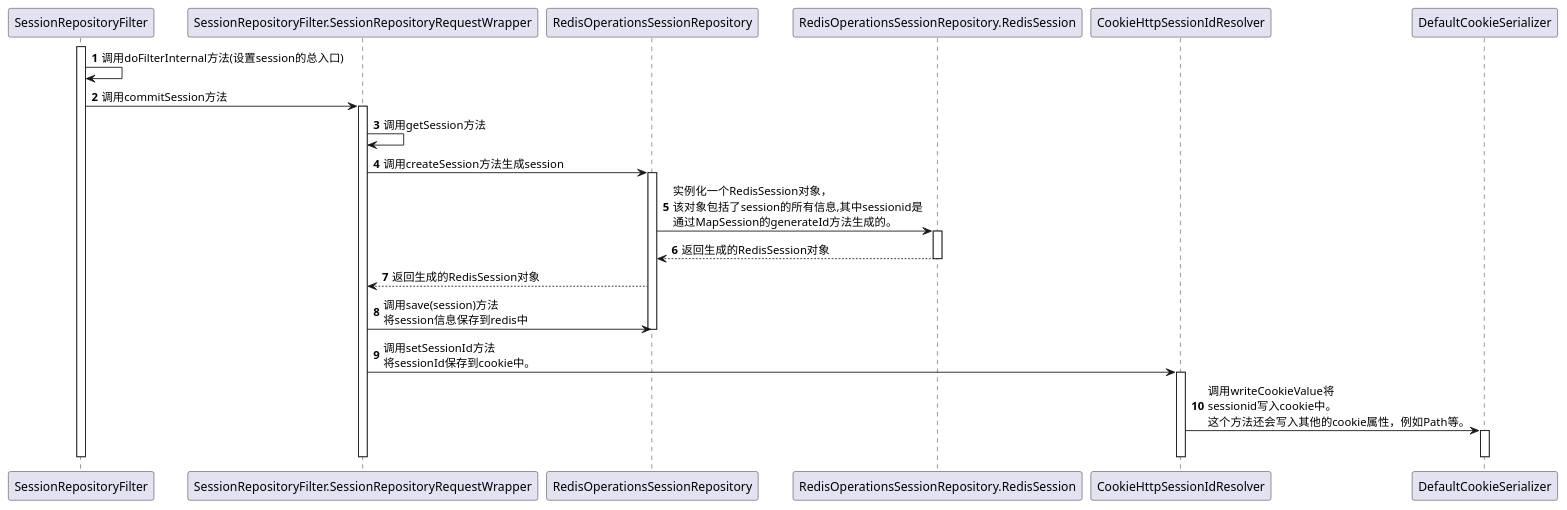
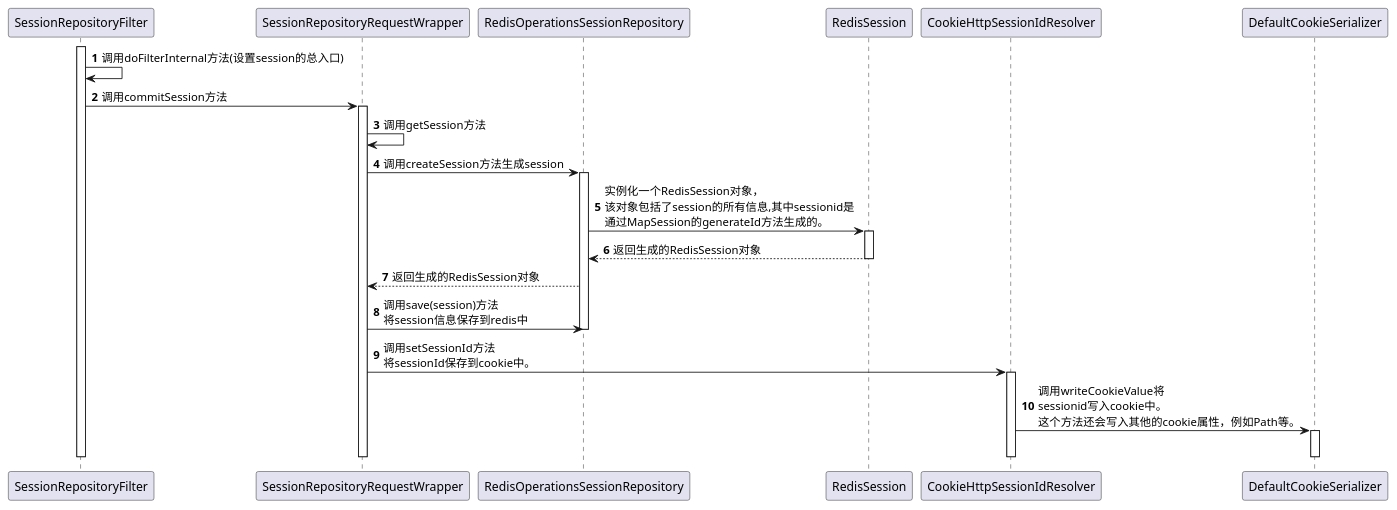
Before and after one commit to XWxiaowei/spring-boot-session-demo: the diagram in src/main/doc/生成session并保存到cookie的过程.puml, drawn with PlantUML. The commit also changed 1 other file, not shown here.

Commit message:
序列图提交

```diff
--- a/src/main/doc/生成session并保存到cookie的过程.puml
+++ b/src/main/doc/生成session并保存到cookie的过程.puml
@@ -1,31 +1,31 @@
 @startuml
 participant SessionRepositoryFilter
-participant SessionRepositoryFilter.SessionRepositoryRequestWrapper
+participant SessionRepositoryRequestWrapper
 participant RedisOperationsSessionRepository
-participant RedisOperationsSessionRepository.RedisSession
+participant RedisSession
 participant CookieHttpSessionIdResolver
 
 autonumber
 activate SessionRepositoryFilter
 SessionRepositoryFilter -> SessionRepositoryFilter: 调用doFilterInternal方法(设置session的总入口)
-SessionRepositoryFilter -> SessionRepositoryFilter.SessionRepositoryRequestWrapper: 调用commitSession方法
-activate SessionRepositoryFilter.SessionRepositoryRequestWrapper
-SessionRepositoryFilter.SessionRepositoryRequestWrapper -> SessionRepositoryFilter.SessionRepositoryRequestWrapper:调用getSession方法
-SessionRepositoryFilter.SessionRepositoryRequestWrapper -> RedisOperationsSessionRepository: 调用createSession方法生成session
+SessionRepositoryFilter -> SessionRepositoryRequestWrapper: 调用commitSession方法
+activate SessionRepositoryRequestWrapper
+SessionRepositoryRequestWrapper -> SessionRepositoryRequestWrapper:调用getSession方法
+SessionRepositoryRequestWrapper -> RedisOperationsSessionRepository: 调用createSession方法生成session
 activate RedisOperationsSessionRepository
-RedisOperationsSessionRepository -> RedisOperationsSessionRepository.RedisSession: 实例化一个RedisSession对象，\n该对象包括了session的所有信息,其中sessionid是\n通过MapSession的generateId方法生成的。
-activate RedisOperationsSessionRepository.RedisSession
-RedisOperationsSessionRepository.RedisSession -->RedisOperationsSessionRepository: 返回生成的RedisSession对象
-deactivate RedisOperationsSessionRepository.RedisSession
-RedisOperationsSessionRepository --> SessionRepositoryFilter.SessionRepositoryRequestWrapper:返回生成的RedisSession对象
-SessionRepositoryFilter.SessionRepositoryRequestWrapper -> RedisOperationsSessionRepository: 调用save(session)方法\n将session信息保存到redis中
+RedisOperationsSessionRepository -> RedisSession: 实例化一个RedisSession对象，\n该对象包括了session的所有信息,其中sessionid是\n通过MapSession的generateId方法生成的。
+activate RedisSession
+RedisSession -->RedisOperationsSessionRepository: 返回生成的RedisSession对象
+deactivate RedisSession
+RedisOperationsSessionRepository --> SessionRepositoryRequestWrapper:返回生成的RedisSession对象
+SessionRepositoryRequestWrapper -> RedisOperationsSessionRepository: 调用save(session)方法\n将session信息保存到redis中
 deactivate RedisOperationsSessionRepository
-SessionRepositoryFilter.SessionRepositoryRequestWrapper -> CookieHttpSessionIdResolver: 调用setSessionId方法\n将sessionId保存到cookie中。
+SessionRepositoryRequestWrapper -> CookieHttpSessionIdResolver: 调用setSessionId方法\n将sessionId保存到cookie中。
 activate CookieHttpSessionIdResolver
 CookieHttpSessionIdResolver -> DefaultCookieSerializer: 调用writeCookieValue将\nsessionid写入cookie中。\n这个方法还会写入其他的cookie属性，例如Path等。
 activate DefaultCookieSerializer
 deactivate DefaultCookieSerializer
 deactivate CookieHttpSessionIdResolver
-deactivate SessionRepositoryFilter.SessionRepositoryRequestWrapper
+deactivate SessionRepositoryRequestWrapper
 deactivate SessionRepositoryFilter
 @enduml
```
